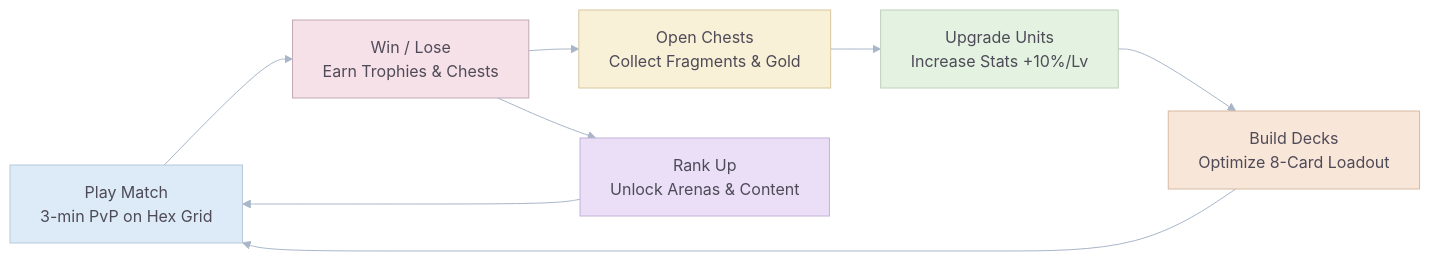
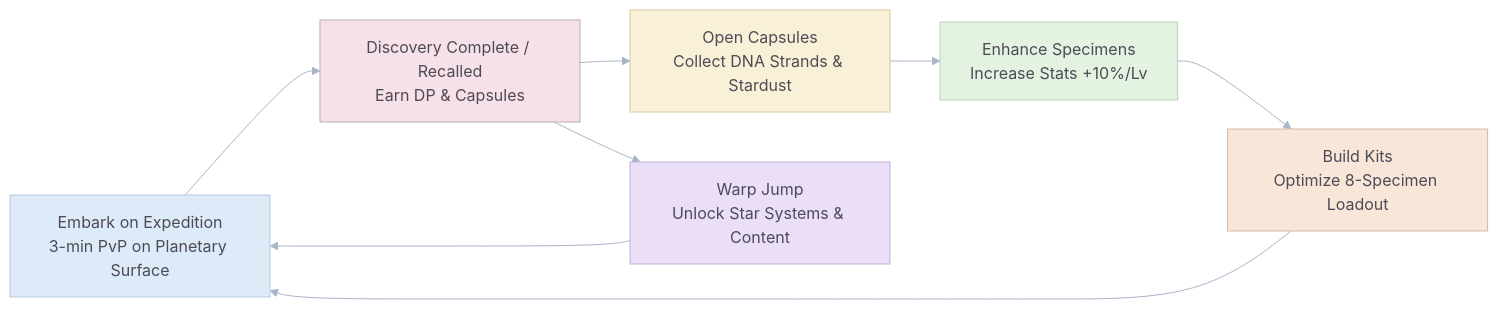
The diagram in .docs/GDD/00_Pitch_and_Overview.md (unknown-studios-code/goo-galaxy), drawn with Mermaid before and after one commit. The commit also changed other lines of this file and 20 other files, not shown here.

````diff
--- a/.docs/GDD/00_Pitch_and_Overview.md
+++ b/.docs/GDD/00_Pitch_and_Overview.md
@@ -57,18 +57,18 @@
 ```mermaid
 %%{init: {"theme":"base","themeVariables":{"primaryColor":"#F7E1E8","secondaryColor":"#DCEBF7","tertiaryColor":"#E4F3E1","primaryBorderColor":"#BFA9B5","lineColor":"#A8B6C8","primaryTextColor":"#4E4A57","clusterBkg":"#FAF5EA","clusterBorder":"#CDBFAF","edgeLabelBackground":"#FFF9F2","noteBkgColor":"#F7F1FA","noteTextColor":"#4E4A57","taskBkgColor":"#DCEBF7","taskTextColor":"#4E4A57","taskTextOutsideColor":"#4E4A57","sectionBkgColor":"#E4F3E1","sectionBorderColor":"#BCD0B9","gridColor":"#E8DDD3","todayLineColor":"#C7A7B5","actorBkg":"#F7E1E8","actorBorder":"#BFA9B5","actorTextColor":"#4E4A57","signalColor":"#A8B6C8","signalTextColor":"#4E4A57","labelBoxBkgColor":"#FFF9F2","labelBoxBorderColor":"#CDBFAF","labelTextColor":"#4E4A57"}}}%%
 flowchart LR
-    A["Play Match<br/>3-min PvP on Hex Grid"] --> B["Win / Lose<br/>Earn Trophies & Chests"]
-    B --> C["Open Chests<br/>Collect Fragments & Gold"]
-    C --> D["Upgrade Units<br/>Increase Stats +10%/Lv"]
-    D --> E["Build Decks<br/>Optimize 8-Card Loadout"]
+    A["Embark on Expedition<br/>3-min PvP on Planetary Surface"] --> B["Discovery Complete / Recalled<br/>Earn DP & Capsules"]
+    B --> C["Open Capsules<br/>Collect DNA Strands & Stardust"]
+    C --> D["Enhance Specimens<br/>Increase Stats +10%/Lv"]
+    D --> E["Build Kits<br/>Optimize 8-Specimen Loadout"]
     E --> A
-    B --> F["Rank Up<br/>Unlock Arenas & Content"]
+    B --> F["Warp Jump<br/>Unlock Star Systems & Content"]
     F --> A
 
     style A fill:#DCEBF7,color:#4E4A57,stroke:#B7C8D9
     style B fill:#F7E1E8,color:#4E4A57,stroke:#BFA9B5
     style C fill:#F8F1D7,color:#4E4A57,stroke:#D8C79E
     style D fill:#E4F3E1,color:#4E4A57,stroke:#BCD0B9
     style E fill:#F8E6D8,color:#4E4A57,stroke:#D7B9A4
     style F fill:#EADFF7,color:#4E4A57,stroke:#C5B1D8
 ```
````
